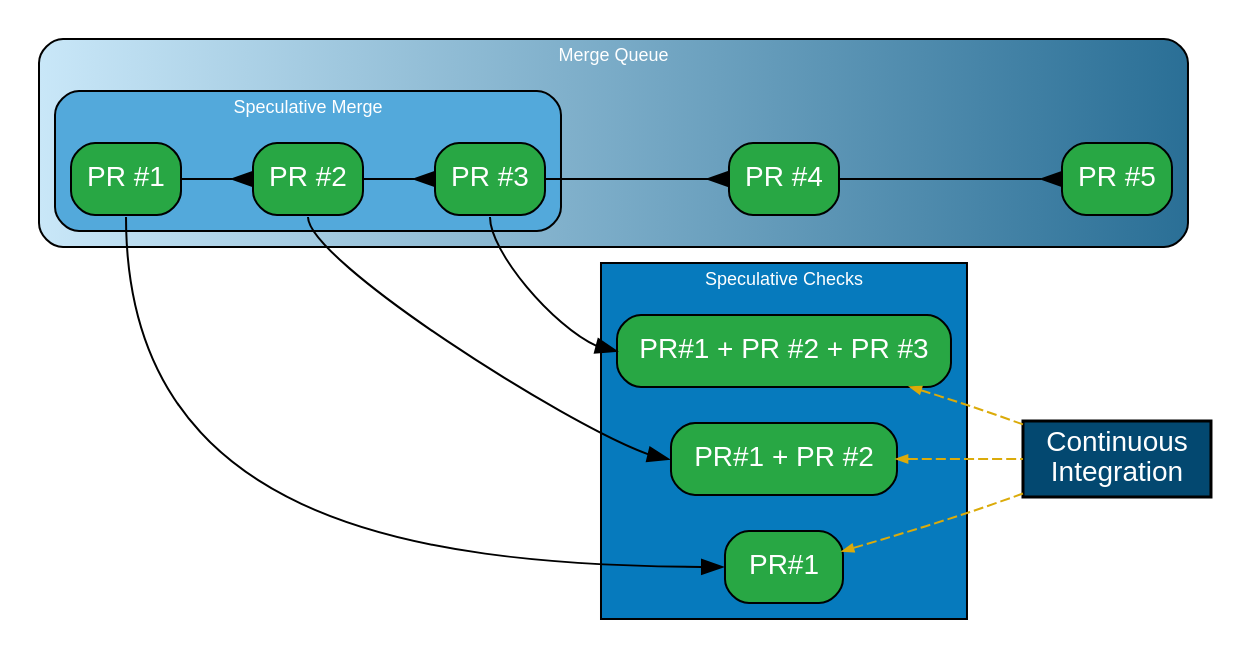
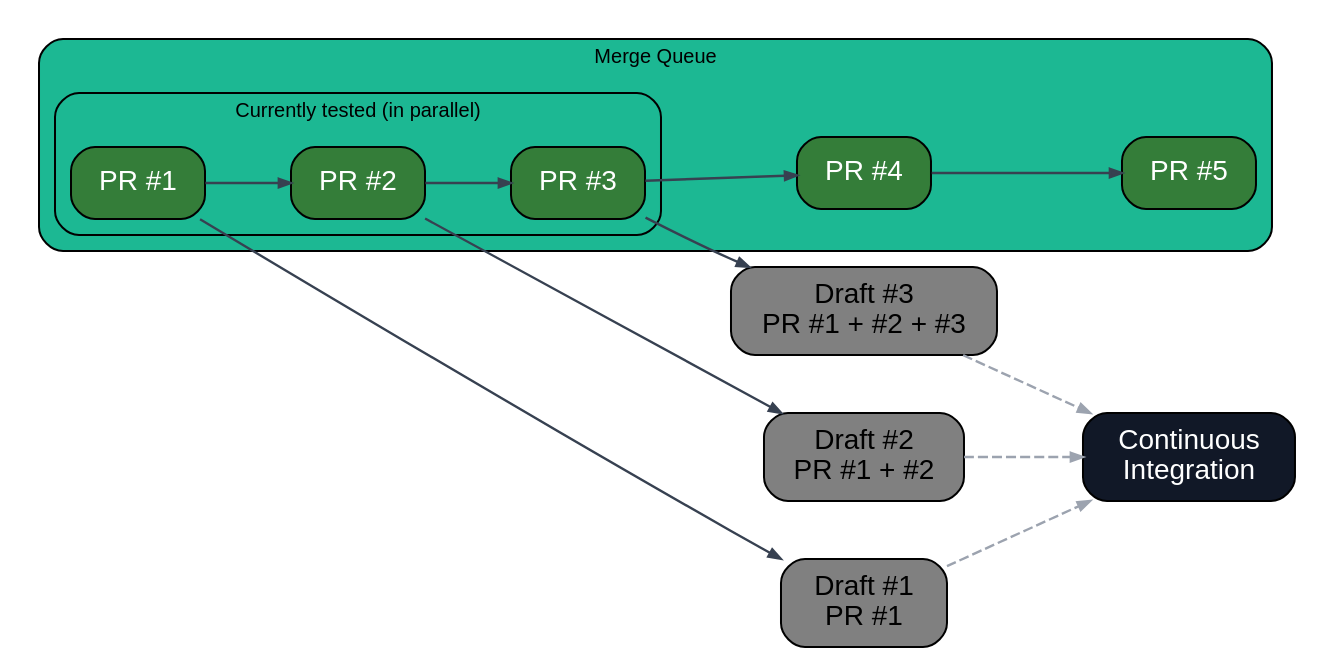
The diagram in src/content/docs/merge-queue/parallel-checks.mdx (Mergifyio/docs), drawn with Graphviz before and after one commit. The commit also changed other lines of this file and 1 other file, not shown here.

First line of the commit message:
docs(merge-queue): simplify Parallel Checks page (#8697)

````diff
--- a/src/content/docs/merge-queue/parallel-checks.mdx
+++ b/src/content/docs/merge-queue/parallel-checks.mdx
@@ -42,60 +25,70 @@
 ```dot class="graph"
 strict digraph g {
-    rankdir="LR"
-    node [group="pr", shape=box, style="rounded,filled", fillcolor="#53A9DB", fillcolor="#28A744", fontcolor=white, fontname="sans-serif"]
-    edge [fontname="sans-serif", arrowhead=inv];
-    fontname="sans-serif";
+  rankdir=LR;
+  fontname="sans-serif";
+  fontsize=10;
+  nodesep=0.4;
+  ranksep=0.6;
 
-    subgraph cluster_mergequeue {
-        label = "Merge Queue"
-        style="filled,rounded,striped"
-        fillcolor="#C9E7F8:#2A6F96"
-        fontcolor=white
-        fontsize="9pt"
+  // Default styles
+  node [shape=box, style="rounded,filled", fillcolor="#6B7280", fontcolor=white, fontname="sans-serif", margin="0.2,0.1"]
+  edge [color="#374151", arrowsize=0.6, penwidth=1.2, fontname="sans-serif"];
 
-        subgraph cluster_specmerge {
-            label="Speculative Merge"
-            style="rounded,filled"
-            fillcolor="#53A9DB"
-            fontcolor=white
-            fontsize="9pt"
-            pr1 [label="PR #1"]
-            pr2 [label="PR #2"]
-            pr3 [label="PR #3"]
-            pr1 -> pr2;
-            pr2 -> pr3;
-        }
+  subgraph cluster_mergequeue {
+    label = "Merge Queue";
+    style="rounded,filled";
+    fillcolor="#1CB893";
+    color="#000000";
+    fontcolor="#000000";
+    fontsize=10;
 
-        pr4 [label="PR #4"]
-        pr5 [label="PR #5"]
-        pr3 ->pr4;
-        pr4 ->pr5;
+    subgraph cluster_specmerge {
+      label="Currently tested (in parallel)";
+      // Add a bit of padding around labels inside draft nodes
+      node [];
+      style="rounded";
+      color="#000";
+      fontcolor="#000";
+      pr1 [label="PR #1", fillcolor="#347D39"]
+      pr2 [label="PR #2", fillcolor="#347D39"]
+      pr3 [label="PR #3", fillcolor="#347D39"]
+      pr1 -> pr2;
+      pr2 -> pr3;
     }
 
-    subgraph cluster_mergetrain {
-        label = "Speculative Checks"
-        fillcolor="#067ABD"
-        style="filled"
-        fontcolor=white
-        fontsize="9pt"
-        traincar1 [label=" PR#1 "]
-        traincar2 [label=" PR#1 + PR #2 "]
-        traincar3 [label=" PR#1 + PR #2 + PR #3 "]
-    }
+    pr4 [label="PR #4", fillcolor="#347D39"]
+    pr5 [label="PR #5", fillcolor="#347D39"]
+    pr3 -> pr4;
+    pr4 -> pr5;
+  }
 
-    edge [arrowhead=normal]
-    pr1:s -> traincar1:w
-    pr2:s -> traincar2:w
-    pr3:s -> traincar3:w
+  subgraph cluster_specchecks {
+    label = "Currently Tested\n(in Parallel)";
+    labelloc="t";
+    labeljust="c";
+    style="rounded,filled";
+    fillcolor="#374151";
+    color="#1CB893";
+    fontcolor="black";
+    fontsize=11;
 
-    subgraph ci {
-        // CI connections
-        ci [label="Continuous\nIntegration", fixedsize=false, style="filled", fillcolor="#034870", fontcolor=white, penwidth=1.5]
-        edge [arrowhead=none, style=dashed, arrowsize=0.5, arrowtail=normal, color="#DBAB0A", dir=both, penwidth=1, fontcolor="#DBAB0A"];
-        traincar1 -> ci;
-        traincar2 -> ci;
-        traincar3 -> ci;
-    }
+    traincar1 [label="Draft #1\nPR #1", fontcolor=black, fillcolor="grey"]
+    traincar2 [label="Draft #2\nPR #1 + #2", fontcolor=black, fillcolor="grey"]
+    traincar3 [label="Draft #3\nPR #1 + #2 + #3", fontcolor=black, fillcolor="grey"]
+  }
+
+  // Map queue to drafts
+  pr1 -> traincar1 [color="#374151"];
+  pr2 -> traincar2 [color="#374151"];
+  pr3 -> traincar3 [color="#374151"];
+
+  // CI
+  ci [label="Continuous\nIntegration", shape=box, style="rounded,filled", fillcolor="#111827", fontcolor=white]
+  traincar1 -> ci [style=dashed, color="#9CA3AF"];
+  traincar2 -> ci [style=dashed, color="#9CA3AF"];
+  traincar3 -> ci [style=dashed, color="#9CA3AF"];
+
+  { rank=same; traincar1; traincar2; traincar3; }
 }
 
 ```
````
